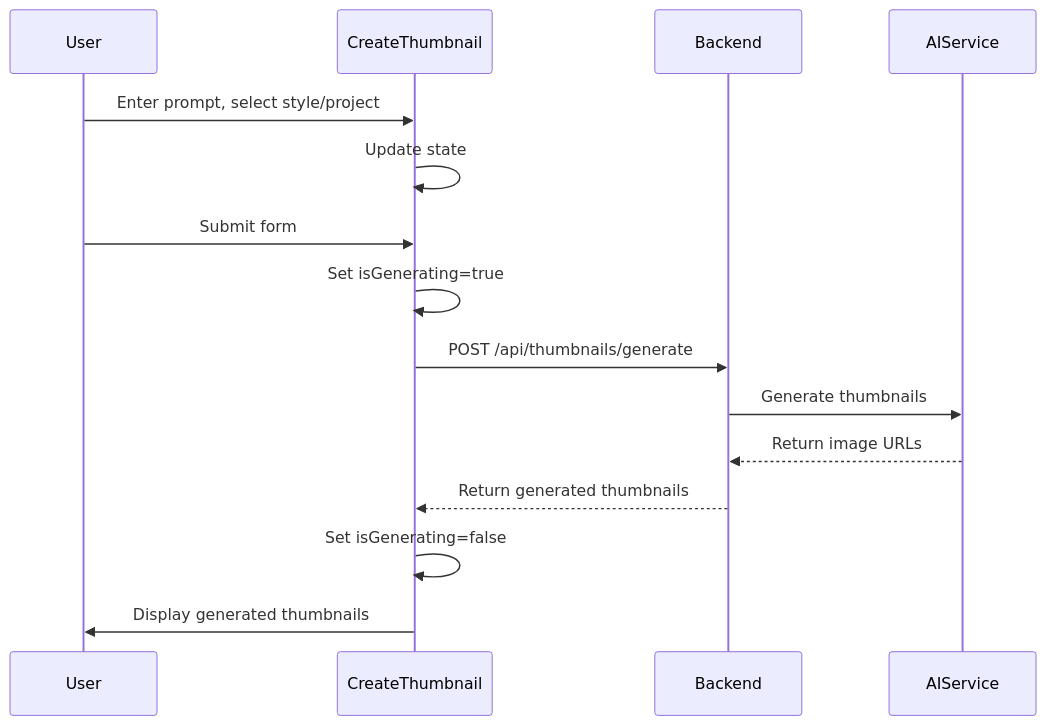
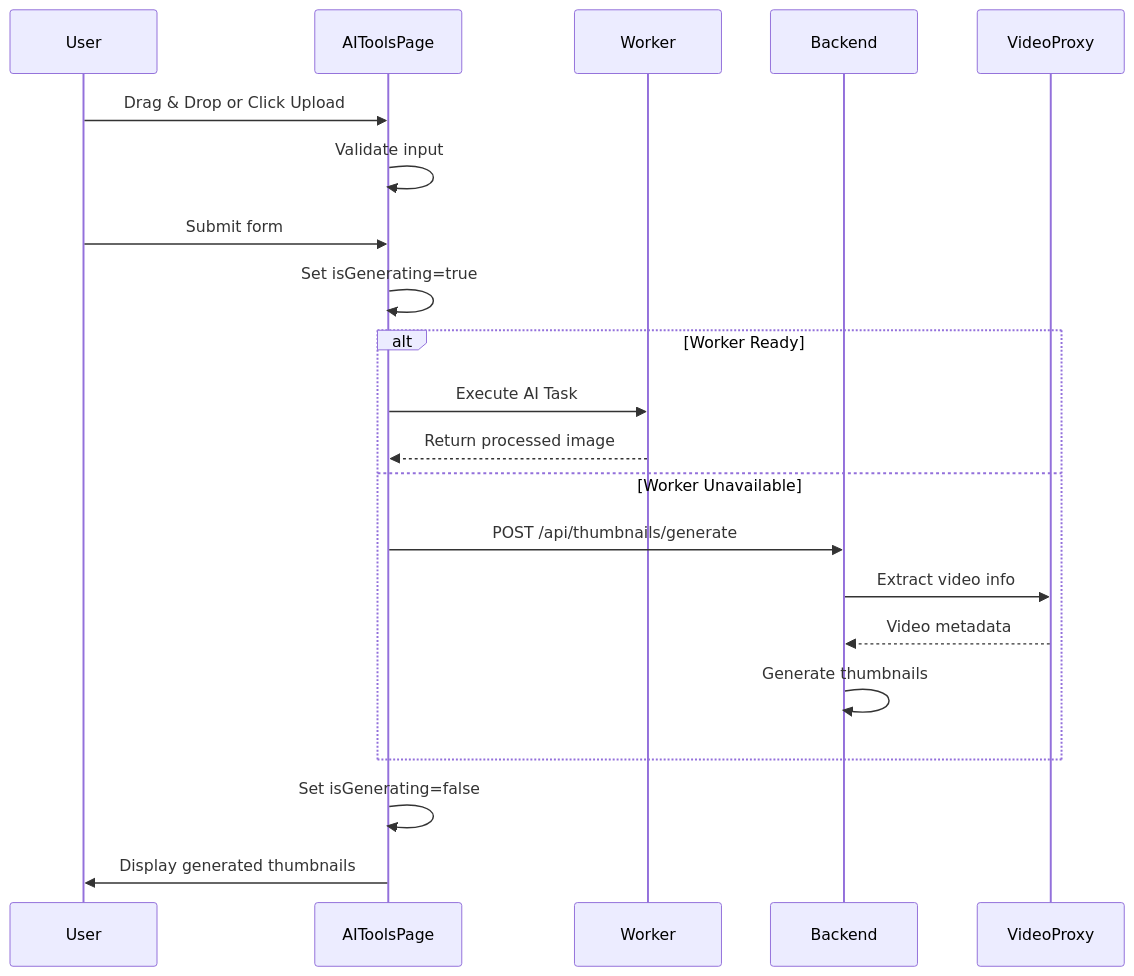
The second of 10 diagrams in .qoder/repowiki/en/content/AI & Image Processing/AI Thumbnail Generation Workflow.md (Brimstow/ThumPiks), drawn with Mermaid before and after one commit. The commit also changed other lines of this file and 900 other files, not shown here.

````diff
--- a/.qoder/repowiki/en/content/AI & Image Processing/AI Thumbnail Generation Workflow.md
+++ b/.qoder/repowiki/en/content/AI & Image Processing/AI Thumbnail Generation Workflow.md
@@ -69,17 +92,23 @@
 ```mermaid
 sequenceDiagram
 participant User
-participant CreateThumbnail
+participant AIToolsPage
+participant Worker
 participant Backend
-participant AIService
-User->>CreateThumbnail : Enter prompt, select style/project
-CreateThumbnail->>CreateThumbnail : Update state
-User->>CreateThumbnail : Submit form
-CreateThumbnail->>CreateThumbnail : Set isGenerating=true
-CreateThumbnail->>Backend : POST /api/thumbnails/generate
-Backend->>AIService : Generate thumbnails
-AIService-->>Backend : Return image URLs
-Backend-->>CreateThumbnail : Return generated thumbnails
-CreateThumbnail->>CreateThumbnail : Set isGenerating=false
-CreateThumbnail->>User : Display generated thumbnails
+participant VideoProxy
+User->>AIToolsPage : Drag & Drop or Click Upload
+AIToolsPage->>AIToolsPage : Validate input
+User->>AIToolsPage : Submit form
+AIToolsPage->>AIToolsPage : Set isGenerating=true
+alt Worker Ready
+AIToolsPage->>Worker : Execute AI Task
+Worker-->>AIToolsPage : Return processed image
+else Worker Unavailable
+AIToolsPage->>Backend : POST /api/thumbnails/generate
+Backend->>VideoProxy : Extract video info
+VideoProxy-->>Backend : Video metadata
+Backend->>Backend : Generate thumbnails
+end
+AIToolsPage->>AIToolsPage : Set isGenerating=false
+AIToolsPage->>User : Display generated thumbnails
 ```
````
